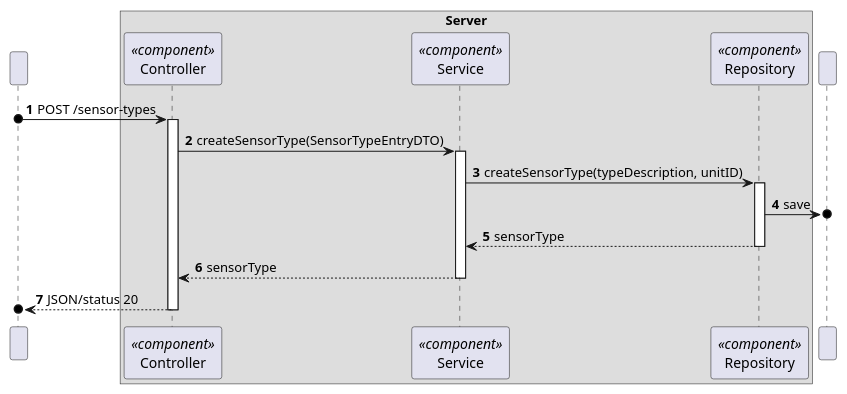
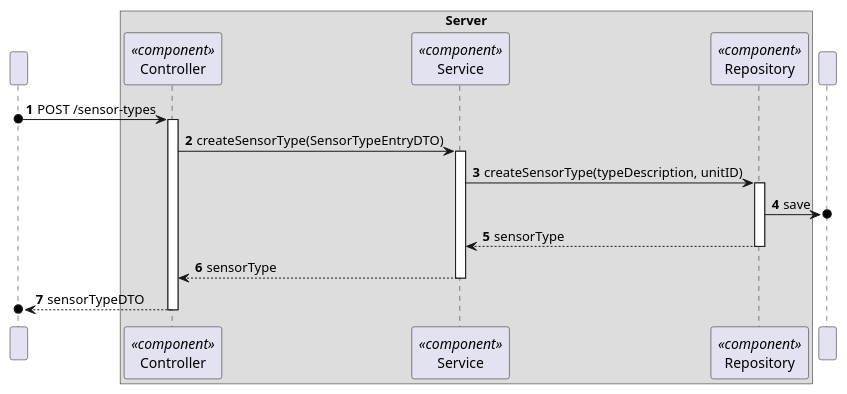
The diagram in docs/C4_4plus1_models/Level4/ProcessView/ProcessViewLevel4_UC04.puml (moutajDev/smarthome), drawn with PlantUML before and after one commit. The commit also changed 23 other files, not shown here.

Commit message:
docs: update to c4 model process view level 4 - Controller returns DTO not JSON

```diff
--- a/docs/C4_4plus1_models/Level4/ProcessView/ProcessViewLevel4_UC04.puml
+++ b/docs/C4_4plus1_models/Level4/ProcessView/ProcessViewLevel4_UC04.puml
@@ -1,40 +1,40 @@
 @startuml
 'https://plantuml.com/sequence-diagram
 !pragma layout smetana
 
 autonumber
 
 participant " " as HTTP
 
 box "Server"
     participant "Controller" as CTRL<<component>>
     participant "Service" as SV<<component>>
     participant "Repository" as REPO<<component>>
 end box
 
 participant " " as BD
 
 
 HTTP o-> CTRL : POST /sensor-types
 activate CTRL
 CTRL -> SV : createSensorType(SensorTypeEntryDTO)
 
 activate SV
 
 SV -> REPO : createSensorType(typeDescription, unitID)
 activate REPO
 REPO ->o BD : save
 
 REPO --> SV : sensorType
 deactivate REPO
 
 SV --> CTRL : sensorType
 deactivate SV
 
 
-CTRL -->o HTTP : JSON/status 20
+CTRL -->o HTTP : sensorTypeDTO
 deactivate CTRL
 
 
 
 @enduml
```
